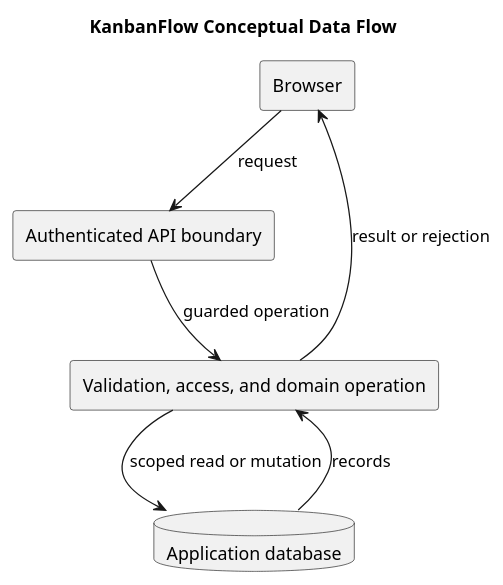
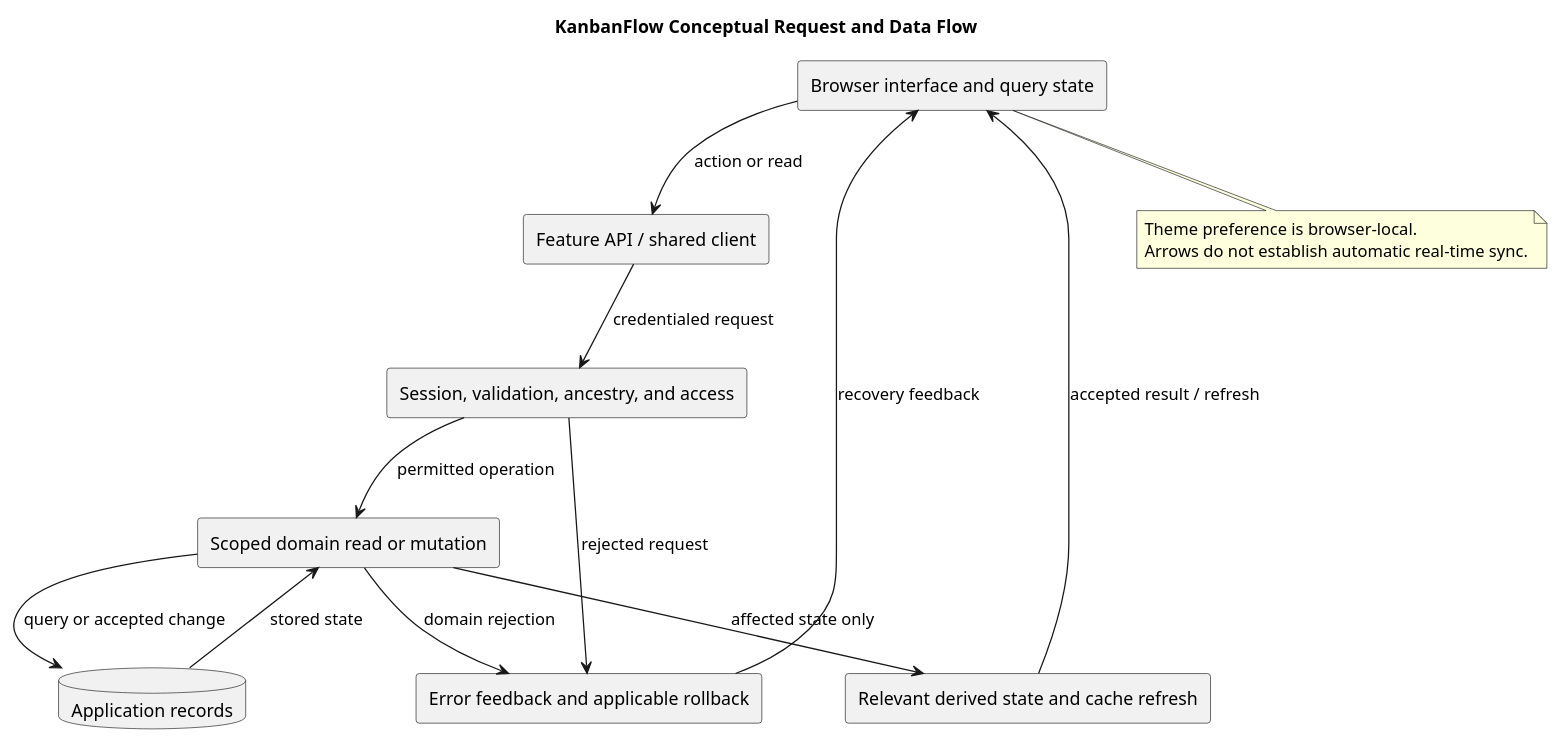
One commit to Farhad-Valizadegan/Web-KanbanFlow changed the diagram in docs/SDLC/03-analysis/data-flow-diagram.md. Above: the diagram before and after it, drawn with PlantUML. The commit also changed other lines of this file and 2 other files, not shown here.

Commit message:
docs: complete request data flow and recovery analysis

````diff
--- a/docs/SDLC/03-analysis/data-flow-diagram.md
+++ b/docs/SDLC/03-analysis/data-flow-diagram.md
@@ -35,14 +118,26 @@
 ```plantuml
 @startuml
-title KanbanFlow Conceptual Data Flow
-rectangle Browser as B
-rectangle "Authenticated API boundary" as A
-rectangle "Validation, access, and domain operation" as O
-database "Application database" as D
-B --> A : request
-A --> O : guarded operation
-O --> D : scoped read or mutation
-D --> O : records
-O --> B : result or rejection
+title KanbanFlow Conceptual Request and Data Flow
+rectangle "Browser interface and query state" as B
+rectangle "Feature API / shared client" as C
+rectangle "Session, validation, ancestry, and access" as A
+rectangle "Scoped domain read or mutation" as O
+database "Application records" as D
+rectangle "Relevant derived state and cache refresh" as R
+rectangle "Error feedback and applicable rollback" as F
+B --> C : action or read
+C --> A : credentialed request
+A --> O : permitted operation
+O --> D : query or accepted change
+D --> O : stored state
+O --> R : affected state only
+R --> B : accepted result / refresh
+A --> F : rejected request
+O --> F : domain rejection
+F --> B : recovery feedback
+note bottom of B
+Theme preference is browser-local.
+Arrows do not establish automatic real-time sync.
+end note
 @enduml
 ```
````
